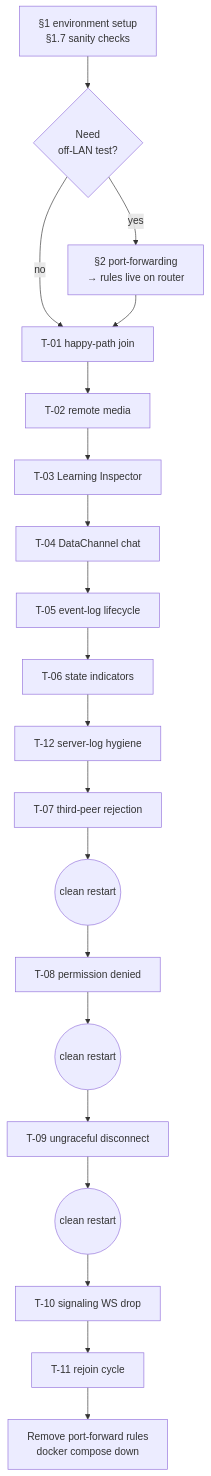
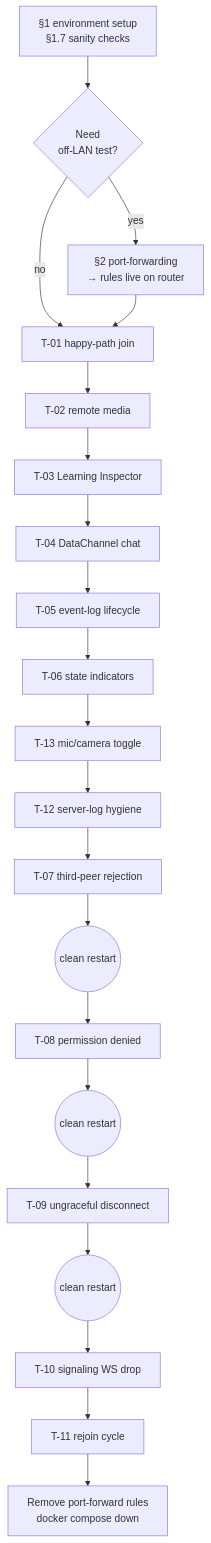
Before and after one commit to Dr-KoKo/webrtc-in-action: the fifth of 5 diagrams in docs/manual-tests/two-browser-test.md, drawn with Mermaid. The commit also changed other lines of this file, not shown here.

````diff
--- a/docs/manual-tests/two-browser-test.md
+++ b/docs/manual-tests/two-browser-test.md
@@ -553,22 +592,23 @@
 ```mermaid
 flowchart TD
     S[§1 environment setup<br/>§1.7 sanity checks] --> PF{Need<br/>off-LAN test?}
     PF -- no --> T01[T-01 happy-path join]
     PF -- yes --> PFSET[§2 port-forwarding<br/>→ rules live on router]
     PFSET --> T01
     T01 --> T02[T-02 remote media]
     T02 --> T03[T-03 Learning Inspector]
     T03 --> T04[T-04 DataChannel chat]
     T04 --> T05[T-05 event-log lifecycle]
     T05 --> T06[T-06 state indicators]
-    T06 --> T12[T-12 server-log hygiene]
+    T06 --> T13[T-13 mic/camera toggle]
+    T13 --> T12[T-12 server-log hygiene]
     T12 --> T07[T-07 third-peer rejection]
     T07 --> R1((clean restart))
     R1 --> T08[T-08 permission denied]
     T08 --> R2((clean restart))
     R2 --> T09[T-09 ungraceful disconnect]
     T09 --> R3((clean restart))
     R3 --> T10[T-10 signaling WS drop]
     T10 --> T11[T-11 rejoin cycle]
     T11 --> DONE[Remove port-forward rules<br/>docker compose down]
 ```
````
